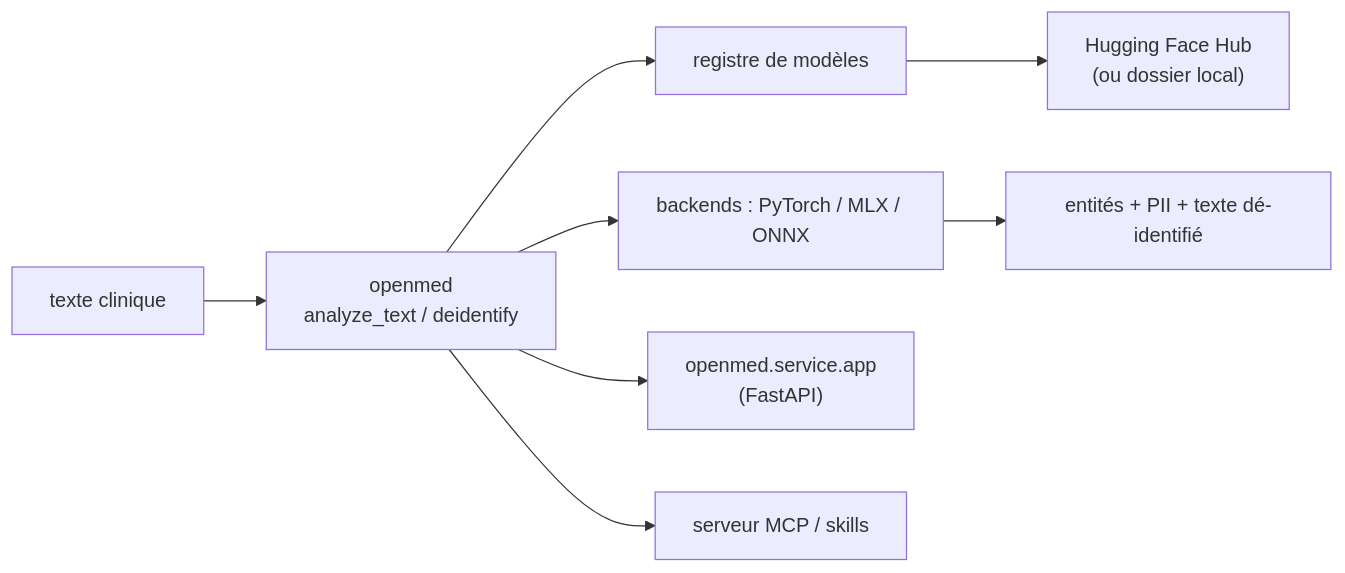
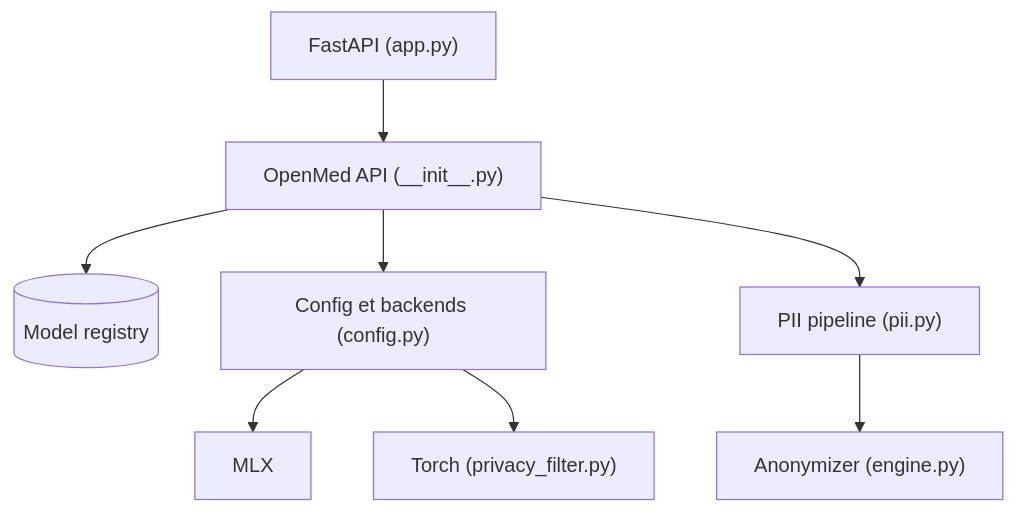
The diagram in veille/.data/fiches/maziyarpanahi__openmed.md (floSa/Veille-Repo), drawn with Mermaid before and after one commit. The commit also changed other lines of this file and 1330 other files, not shown here.

First line of the commit message:
Mise à jour du catalogue : 7723 fiches, 7291 diagrammes

````diff
--- a/veille/.data/fiches/maziyarpanahi__openmed.md
+++ b/veille/.data/fiches/maziyarpanahi__openmed.md
@@ -33,10 +27,10 @@
 ```mermaid
-flowchart LR
-    T["texte clinique"] --> API["openmed<br/>analyze_text / deidentify"]
-    API --> REG["registre de modèles"]
-    REG --> HUB["Hugging Face Hub<br/>(ou dossier local)"]
-    API --> BE["backends : PyTorch / MLX / ONNX"]
-    BE --> ENT["entités + PII + texte dé-identifié"]
-    API --> SVC["openmed.service.app<br/>(FastAPI)"]
-    API --> MCP["serveur MCP / skills"]
+flowchart TD
+  api["OpenMed API (__init__.py)"] --> reg[("Model registry")]
+  api --> cfg["Config et backends (config.py)"]
+  cfg --> mlx["MLX"]
+  cfg --> torch["Torch (privacy_filter.py)"]
+  api --> pii["PII pipeline (pii.py)"]
+  pii --> anon["Anonymizer (engine.py)"]
+  svc["FastAPI (app.py)"] --> api
 ```
````
